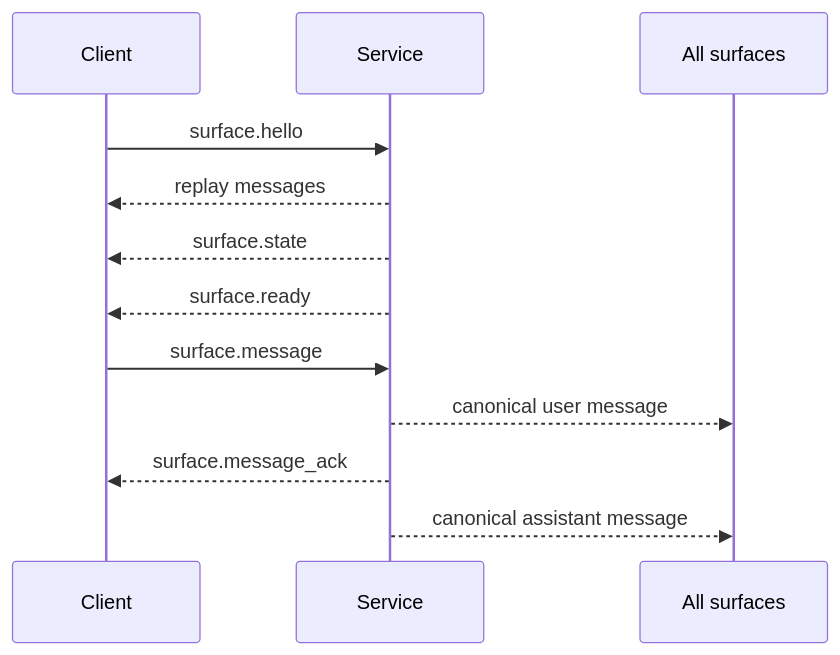
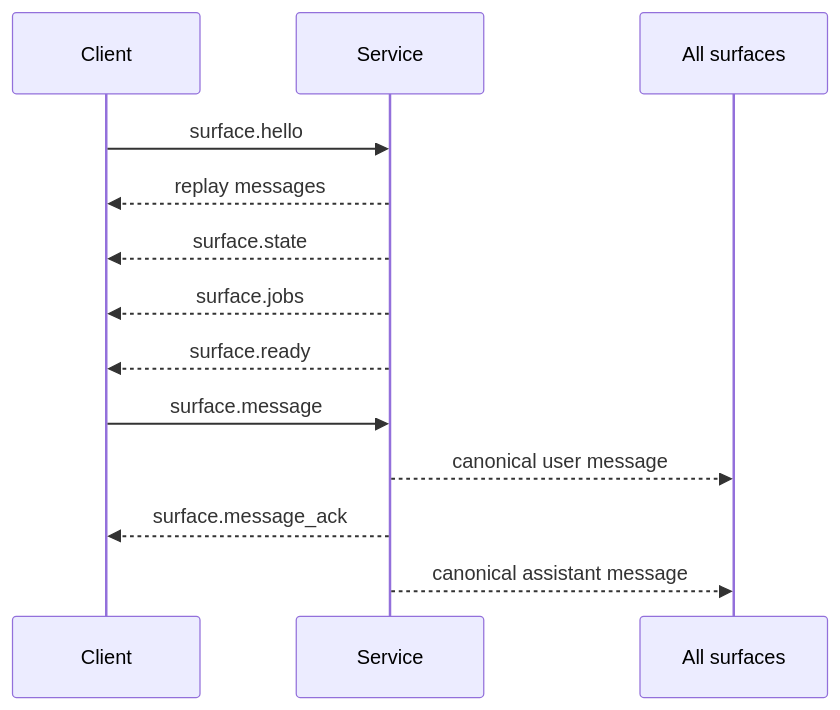
Before and after one commit to alexjercan/scufris2: the third of 6 diagrams in docs/src/dev/surfaces.md, drawn with Mermaid. The commit also changed other lines of this file and 48 other files, not shown here.

````diff
--- a/docs/src/dev/surfaces.md
+++ b/docs/src/dev/surfaces.md
@@ -61,14 +62,15 @@
 ```mermaid
 sequenceDiagram
     participant Client
     participant Service
     participant Others as All surfaces
     Client->>Service: surface.hello
     Service-->>Client: replay messages
     Service-->>Client: surface.state
+    Service-->>Client: surface.jobs
     Service-->>Client: surface.ready
     Client->>Service: surface.message
     Service-->>Others: canonical user message
     Service-->>Client: surface.message_ack
     Service-->>Others: canonical assistant message
 ```
````
